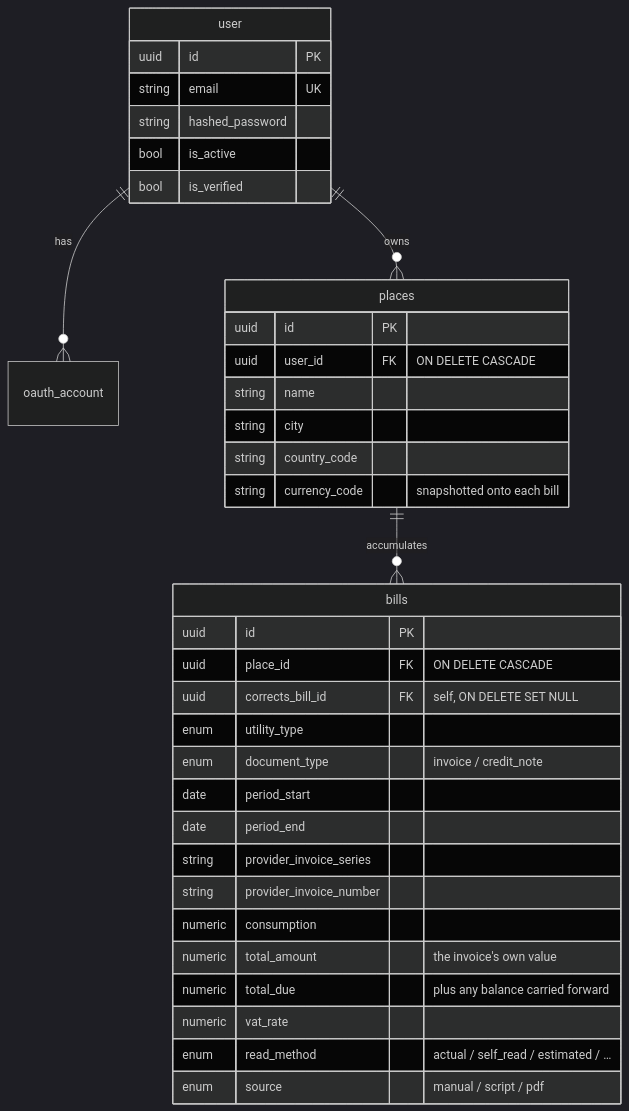
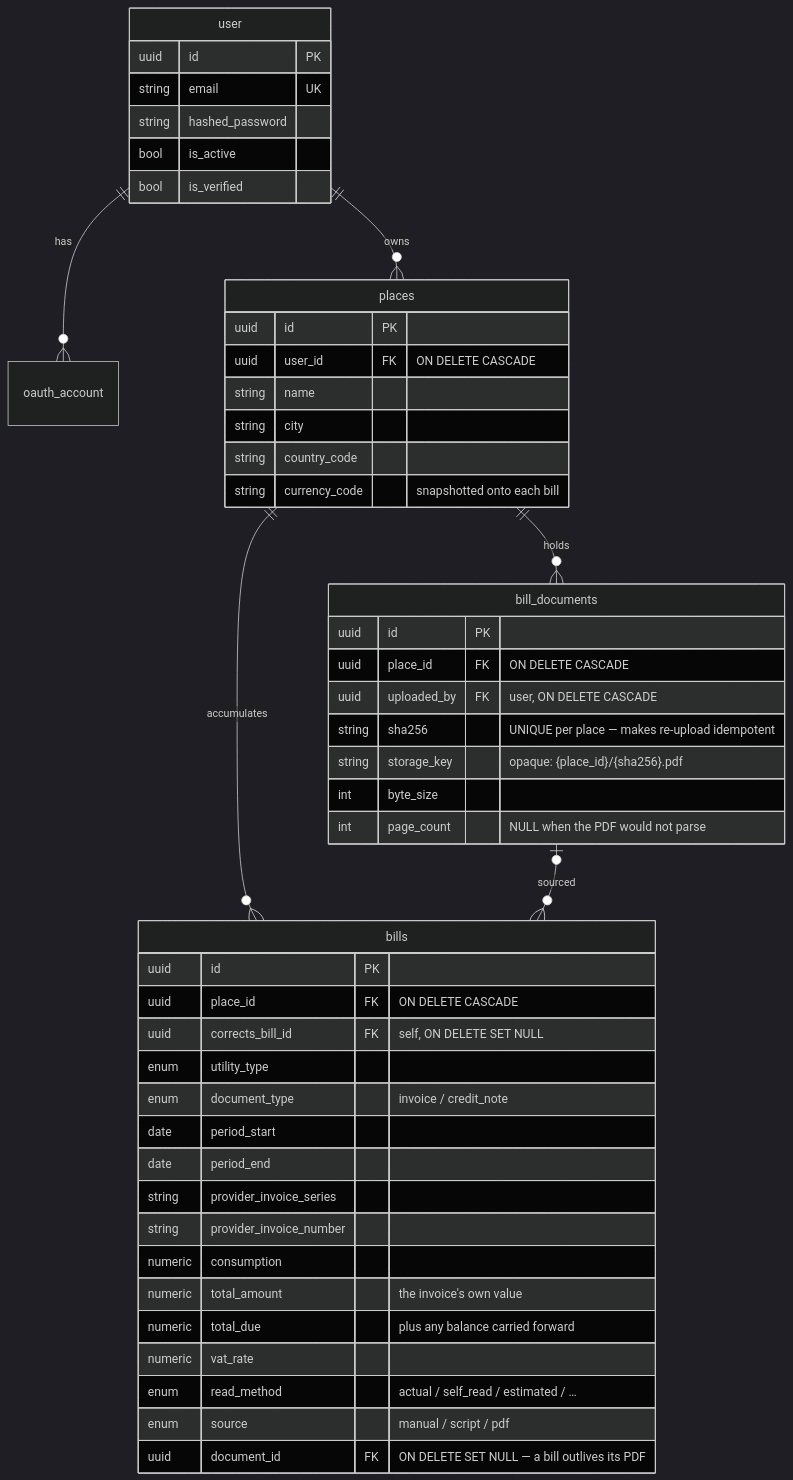
The fourth of 6 diagrams in docs/architecture.md (llevintza/energlens), drawn with Mermaid (dark theme) before and after one commit. The commit also changed other lines of this file and 31 other files, not shown here.

First line of the commit message:
Store the PDF: bill_documents and an upload endpoint (#94)

````diff
--- a/docs/architecture.md
+++ b/docs/architecture.md
@@ -136,39 +136,51 @@
 ```mermaid
 erDiagram
     user ||--o{ oauth_account : "has"
     user ||--o{ places : "owns"
     places ||--o{ bills : "accumulates"
+    places ||--o{ bill_documents : "holds"
+    bill_documents |o--o{ bills : "sourced"
 
     user {
         uuid id PK
         string email UK
         string hashed_password
         bool is_active
         bool is_verified
     }
     places {
         uuid id PK
         uuid user_id FK "ON DELETE CASCADE"
         string name
         string city
         string country_code
         string currency_code "snapshotted onto each bill"
     }
     bills {
         uuid id PK
         uuid place_id FK "ON DELETE CASCADE"
         uuid corrects_bill_id FK "self, ON DELETE SET NULL"
         enum utility_type
         enum document_type "invoice / credit_note"
         date period_start
         date period_end
         string provider_invoice_series
         string provider_invoice_number
         numeric consumption
         numeric total_amount "the invoice's own value"
         numeric total_due "plus any balance carried forward"
         numeric vat_rate
         enum read_method "actual / self_read / estimated / …"
         enum source "manual / script / pdf"
+        uuid document_id FK "ON DELETE SET NULL — a bill outlives its PDF"
+    }
+    bill_documents {
+        uuid id PK
+        uuid place_id FK "ON DELETE CASCADE"
+        uuid uploaded_by FK "user, ON DELETE CASCADE"
+        string sha256 "UNIQUE per place — makes re-upload idempotent"
+        string storage_key "opaque: {place_id}/{sha256}.pdf"
+        int byte_size
+        int page_count "NULL when the PDF would not parse"
     }
 ```
````
